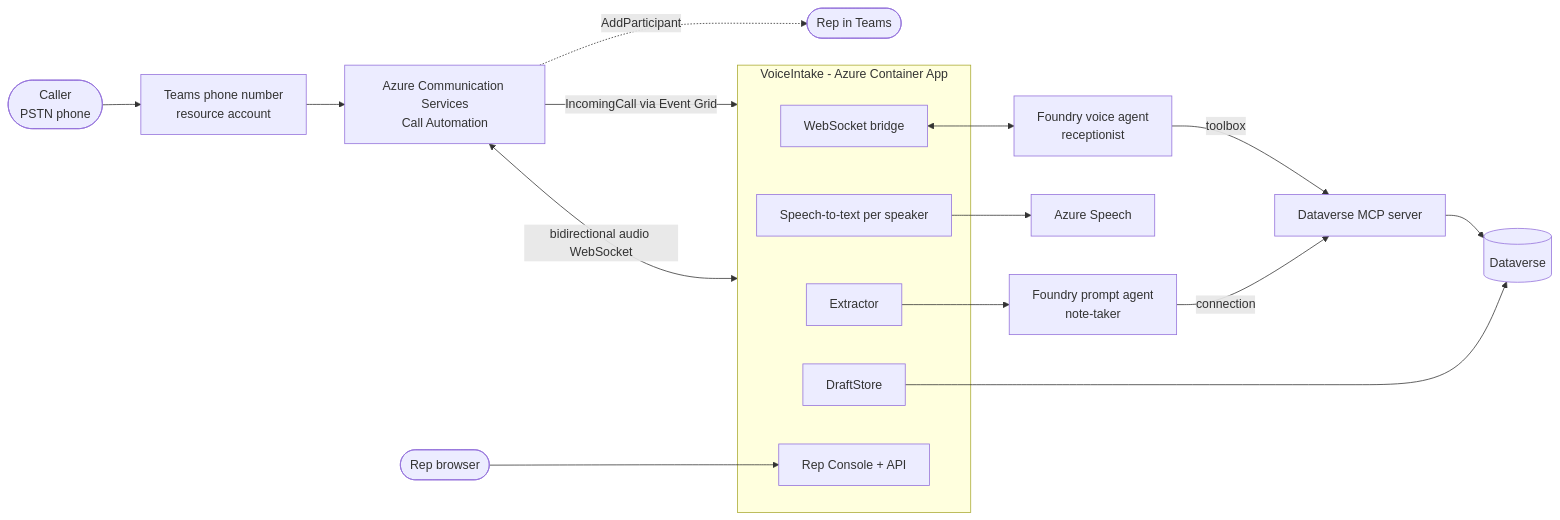
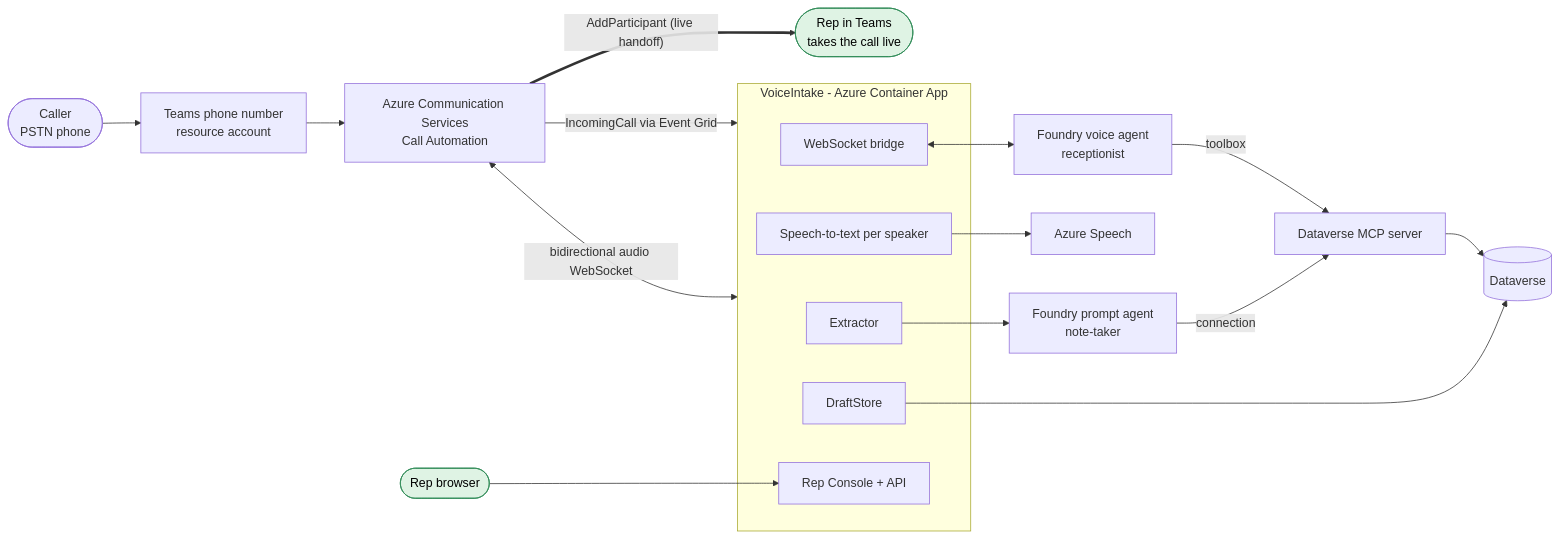
The second of 4 diagrams in docs/02-architecture.md (jmasengeshomsft/floorworks-live-intake), drawn with Mermaid before and after one commit. The commit also changed other lines of this file and 46 other files, not shown here.

````diff
--- a/docs/02-architecture.md
+++ b/docs/02-architecture.md
@@ -7,23 +43,25 @@
 ```mermaid
 flowchart LR
     caller([Caller<br/>PSTN phone]) --> teamsno[Teams phone number<br/>resource account]
     teamsno --> acs[Azure Communication Services<br/>Call Automation]
     acs -- IncomingCall via Event Grid --> app
     acs <-- bidirectional audio WebSocket --> app
     subgraph app[VoiceIntake - Azure Container App]
       ws[WebSocket bridge]
       stt[Speech-to-text per speaker]
       ext[Extractor]
       store[DraftStore]
       ui[Rep Console + API]
     end
     ws <--> voice[Foundry voice agent<br/>receptionist]
     stt --> speech[Azure Speech]
     ext --> note[Foundry prompt agent<br/>note-taker]
     voice -- toolbox --> mcp
     note -- connection --> mcp[Dataverse MCP server]
     mcp --> dv[(Dataverse)]
     store --> dv
     rep([Rep browser]) --> ui
-    acs -. AddParticipant .-> repteams([Rep in Teams])
+    acs == "AddParticipant (live handoff)" ==> repteams([Rep in Teams<br/>takes the call live])
+    classDef live fill:#dff3e4,stroke:#2e8b57,color:#000
+    class repteams,rep live
 ```
````
